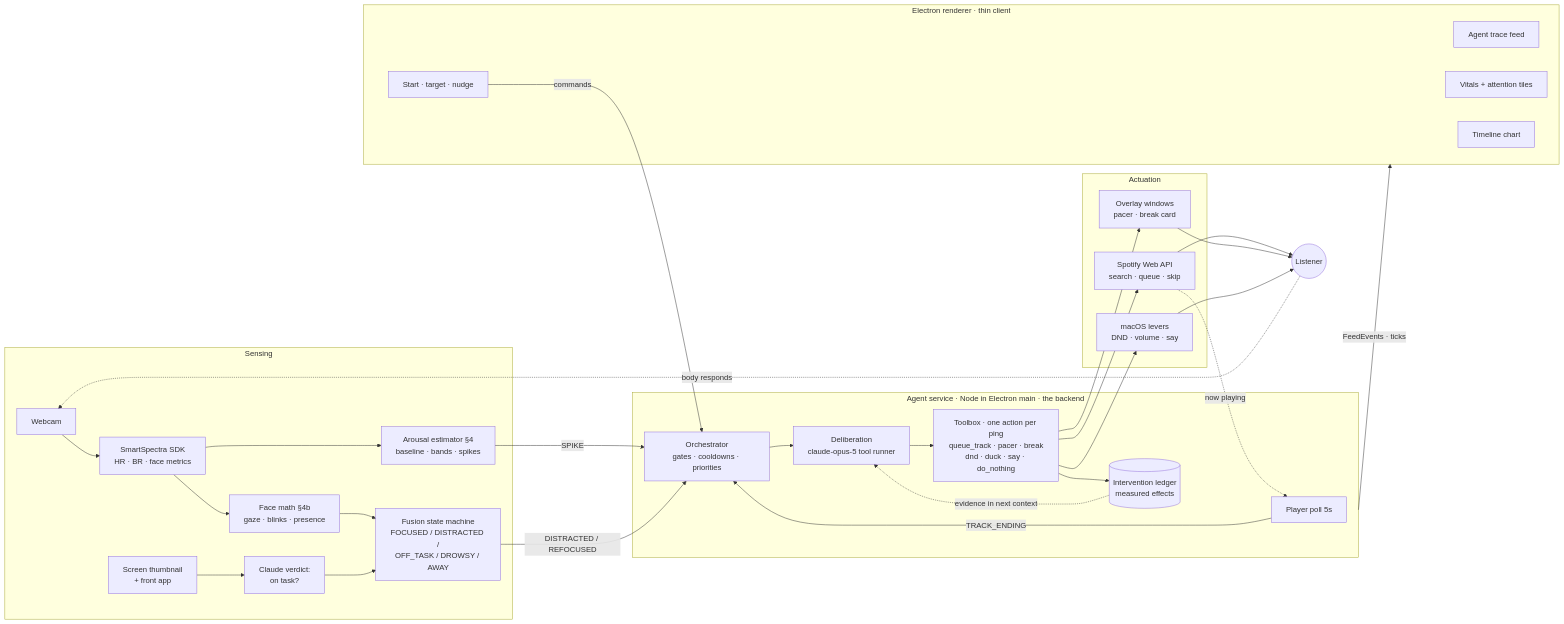
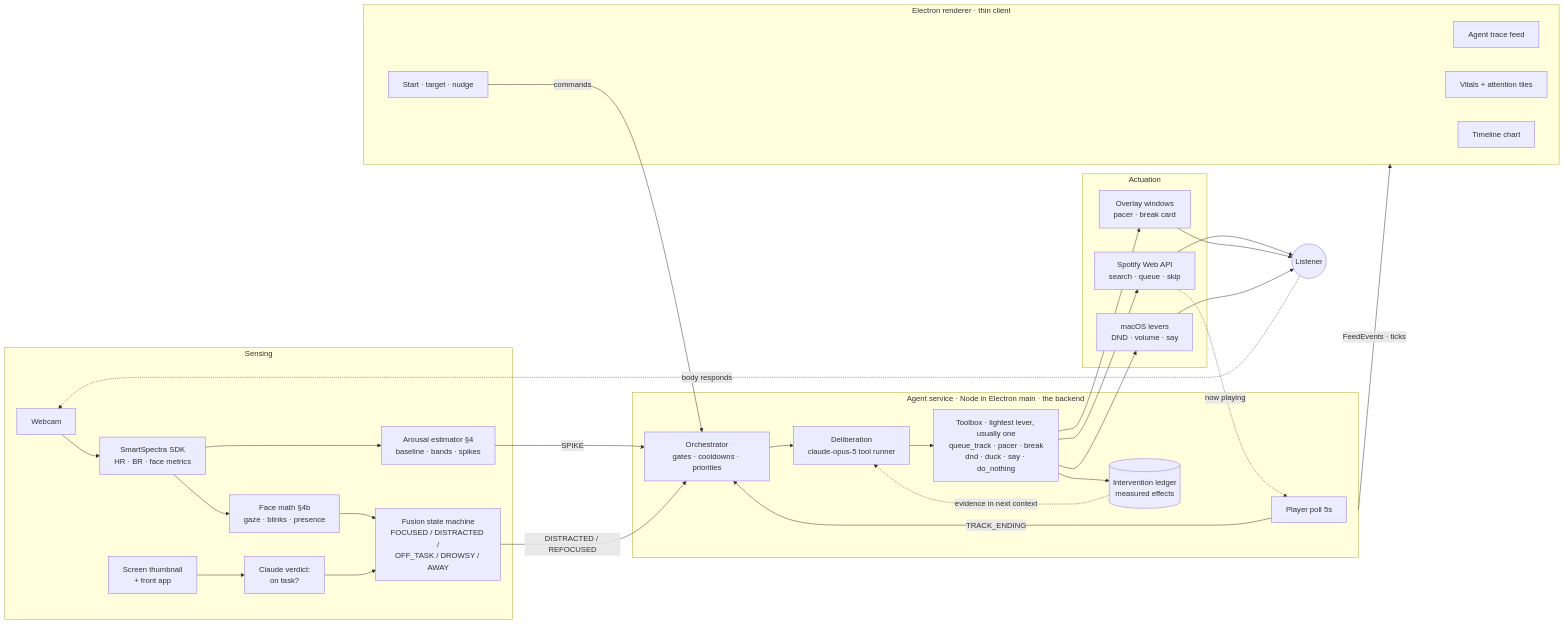
Before and after one commit to alanyangrice/attune: the first of 2 diagrams in design.md, drawn with Mermaid. The commit also changed other lines of this file and 28 other files, not shown here.

````diff
--- a/design.md
+++ b/design.md
@@ -99,50 +99,50 @@
 ```mermaid
 flowchart LR
   subgraph SENSE["Sensing"]
     CAM[Webcam] --> SS["SmartSpectra SDK<br/>HR · BR · face metrics"]
     SS --> EST["Arousal estimator §4<br/>baseline · bands · spikes"]
     SS --> FACE["Face math §4b<br/>gaze · blinks · presence"]
     SCR["Screen thumbnail<br/>+ front app"] --> VERDICT["Claude verdict:<br/>on task?"]
     FACE --> FUSE["Fusion state machine<br/>FOCUSED / DISTRACTED /<br/>OFF_TASK / DROWSY / AWAY"]
     VERDICT --> FUSE
   end
 
   subgraph CORE["Agent service · Node in Electron main · the backend"]
     PLAYER["Player poll 5s"]
     ORCH["Orchestrator<br/>gates · cooldowns · priorities"]
     DJ["Deliberation<br/>claude-opus-5 tool runner"]
-    TOOLS["Toolbox · one action per ping<br/>queue_track · pacer · break<br/>dnd · duck · say · do_nothing"]
+    TOOLS["Toolbox · lightest lever, usually one<br/>queue_track · pacer · break<br/>dnd · duck · say · do_nothing"]
     LEDGER[("Intervention ledger<br/>measured effects")]
     ORCH --> DJ --> TOOLS --> LEDGER
     LEDGER -. evidence in next context .-> DJ
     PLAYER -- TRACK_ENDING --> ORCH
   end
 
   EST -- SPIKE --> ORCH
   FUSE -- DISTRACTED / REFOCUSED --> ORCH
 
   subgraph ACT["Actuation"]
     SP["Spotify Web API<br/>search · queue · skip"]
     OV["Overlay windows<br/>pacer · break card"]
     OS["macOS levers<br/>DND · volume · say"]
   end
   TOOLS --> SP
   TOOLS --> OV
   TOOLS --> OS
   SP -. now playing .-> PLAYER
 
   LISTENER((Listener))
   SP --> LISTENER
   OV --> LISTENER
   OS --> LISTENER
   LISTENER -. body responds .-> CAM
 
   subgraph UI["Electron renderer · thin client"]
     FEED["Agent trace feed"]
     TILES["Vitals + attention tiles"]
     TL["Timeline chart"]
     BTN["Start · target · nudge"]
   end
   CORE -- FeedEvents · ticks --> UI
   BTN -- commands --> ORCH
 ```
````
